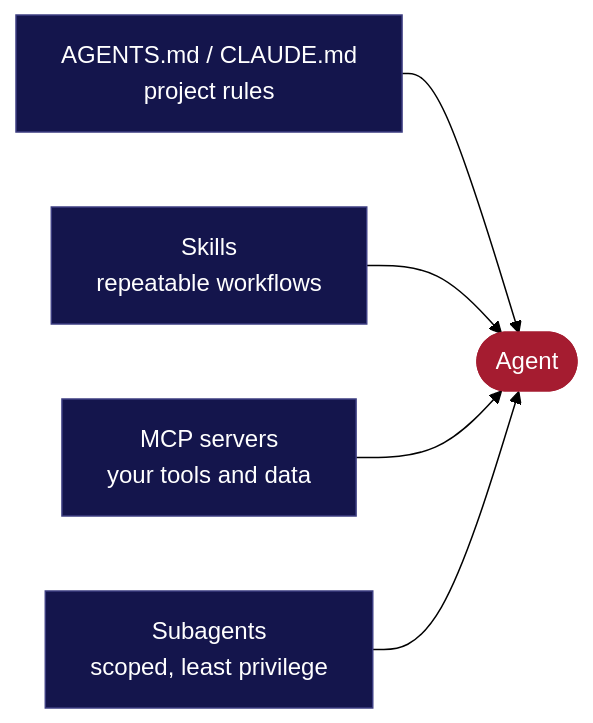
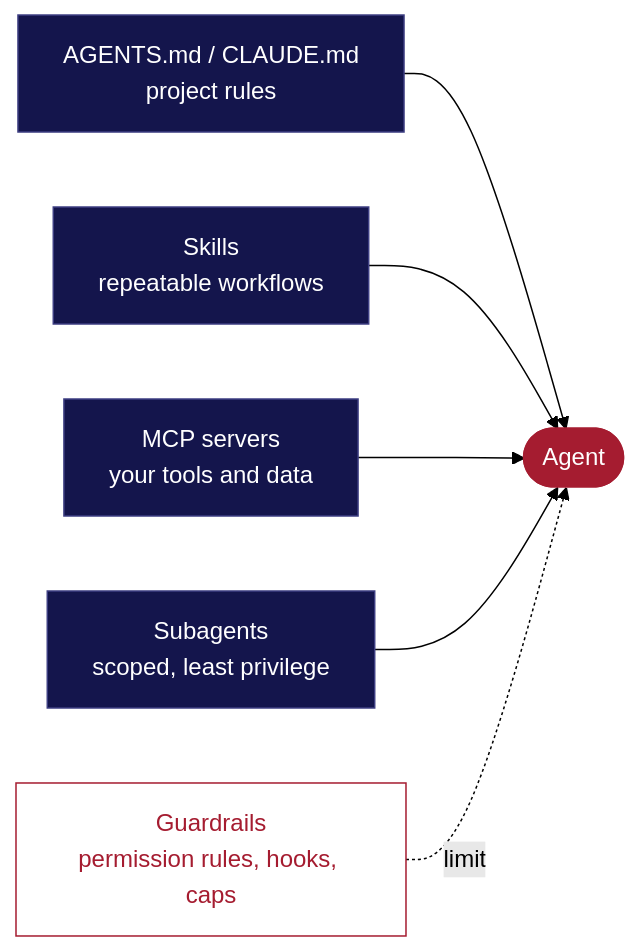
The diagram in kempner_computing_handbook/s5b_agentic_ai_workflows/configuring_agents.md (KempnerInstitute/kempner-computing-handbook), drawn with Mermaid (forest theme) before and after one commit. The commit also changed other lines of this file and 2 other files, not shown here.

Commit message:
Add guardrails, sandboxing, and session guidance

````diff
--- a/kempner_computing_handbook/s5b_agentic_ai_workflows/configuring_agents.md
+++ b/kempner_computing_handbook/s5b_agentic_ai_workflows/configuring_agents.md
@@ -5,11 +5,14 @@
 ```{mermaid}
 flowchart LR
     A["AGENTS.md / CLAUDE.md<br/>project rules"] --> AG(["Agent"])
     S["Skills<br/>repeatable workflows"] --> AG
     M["MCP servers<br/>your tools and data"] --> AG
     G["Subagents<br/>scoped, least privilege"] --> AG
+    R["Guardrails<br/>permission rules, hooks, caps"] -.->|limit| AG
     classDef cfg fill:#14154C,color:#ffffff,stroke:#3D3E82;
     classDef agent fill:#A51C30,color:#ffffff,stroke:#A51C30;
+    classDef guard fill:#ffffff,color:#A51C30,stroke:#A51C30;
     class A,S,M,G cfg;
     class AG agent;
+    class R guard;
 ```
````
